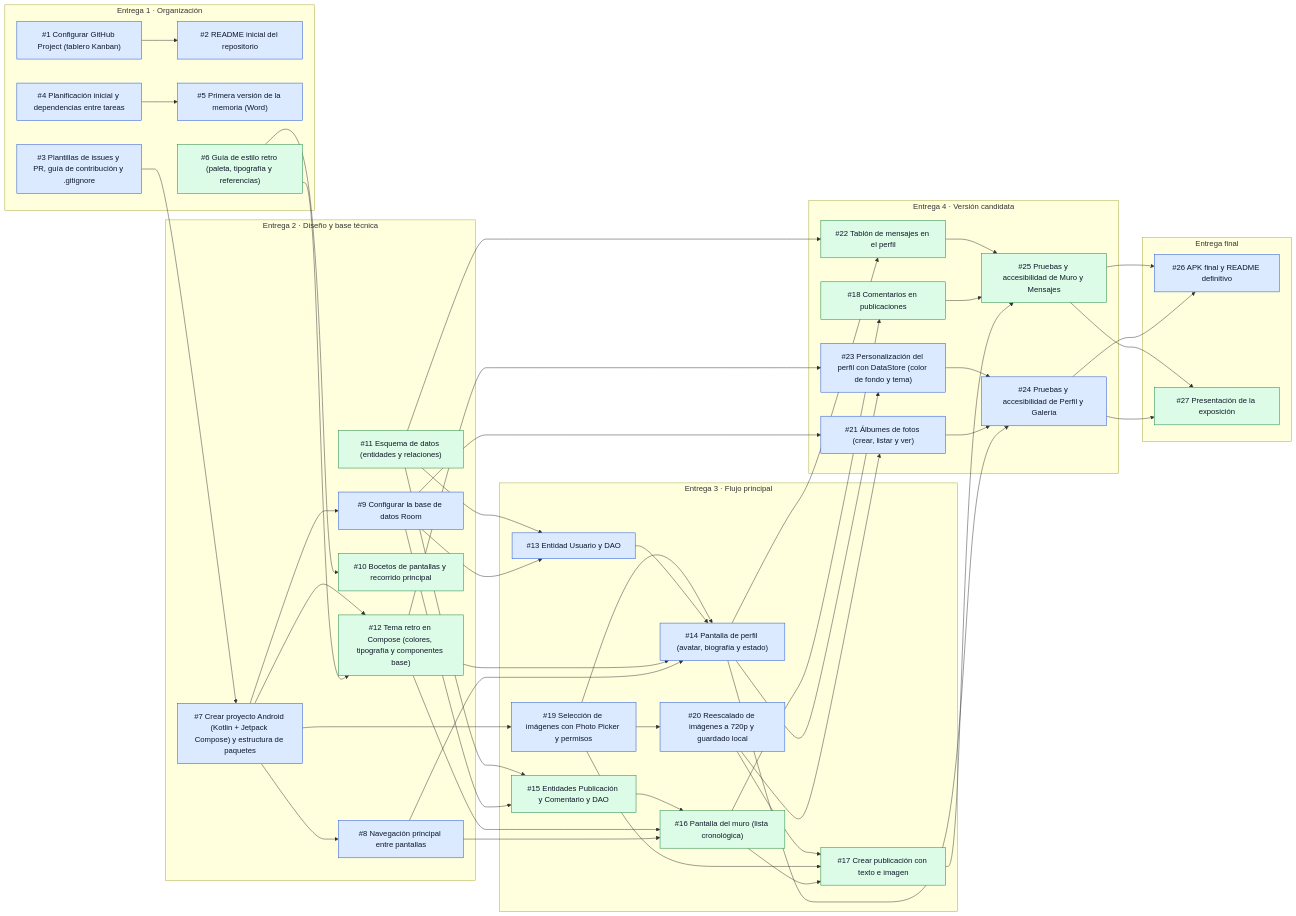
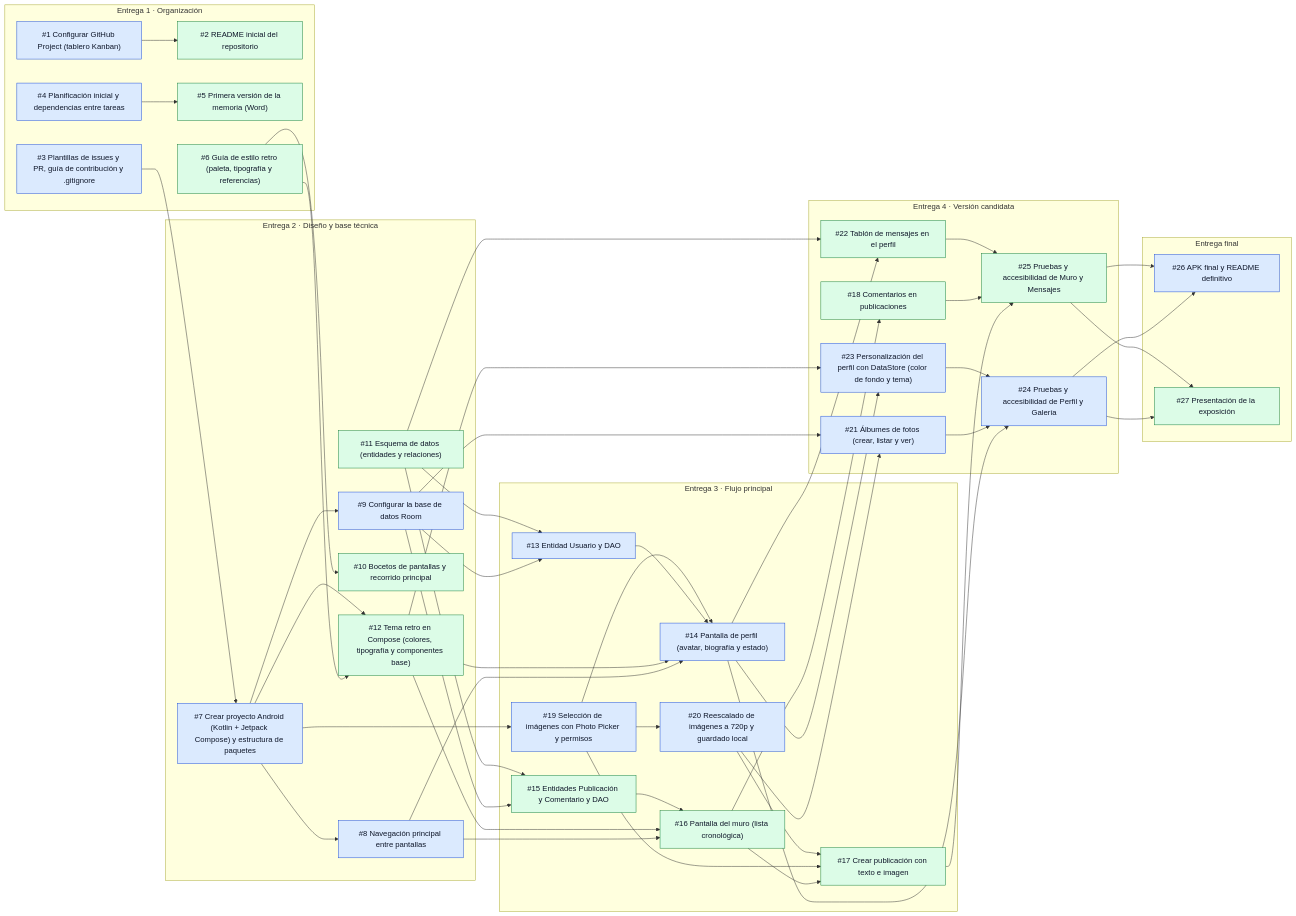
One commit to yeray06/Retroconver changed the diagram in docs/planificacion.md. Above: the diagram before and after it, drawn with Mermaid. The commit also changed other lines of this file and 1 other file, not shown here.

First line of the commit message:
Asigna README y memoria a David en la planificación

````diff
--- a/docs/planificacion.md
+++ b/docs/planificacion.md
@@ -171,6 +171,6 @@
   I25 --> I27
   classDef yeray fill:#dbeafe,stroke:#1d4ed8,color:#0f172a
   classDef david fill:#dcfce7,stroke:#15803d,color:#0f172a
-  class I1,I2,I3,I4,I5,I7,I8,I9,I13,I14,I19,I20,I21,I23,I24,I26 yeray
-  class I6,I10,I11,I12,I15,I16,I17,I18,I22,I25,I27 david
+  class I1,I3,I4,I7,I8,I9,I13,I14,I19,I20,I21,I23,I24,I26 yeray
+  class I2,I5,I6,I10,I11,I12,I15,I16,I17,I18,I22,I25,I27 david
 ```
````
